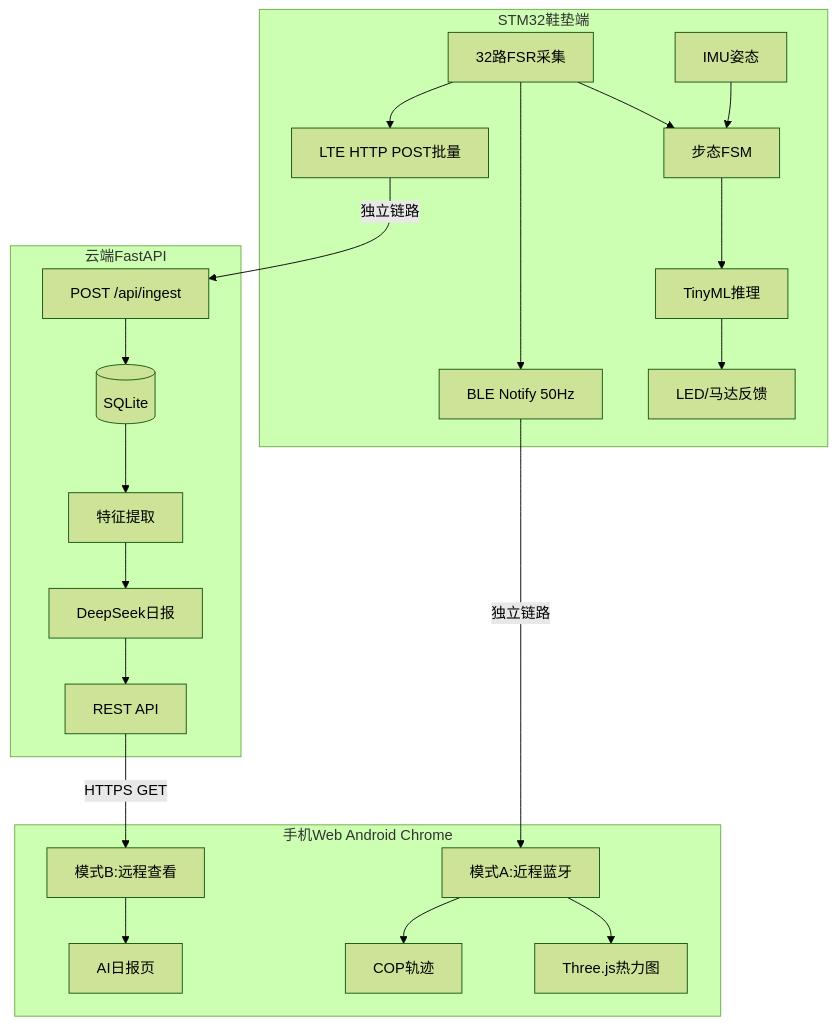
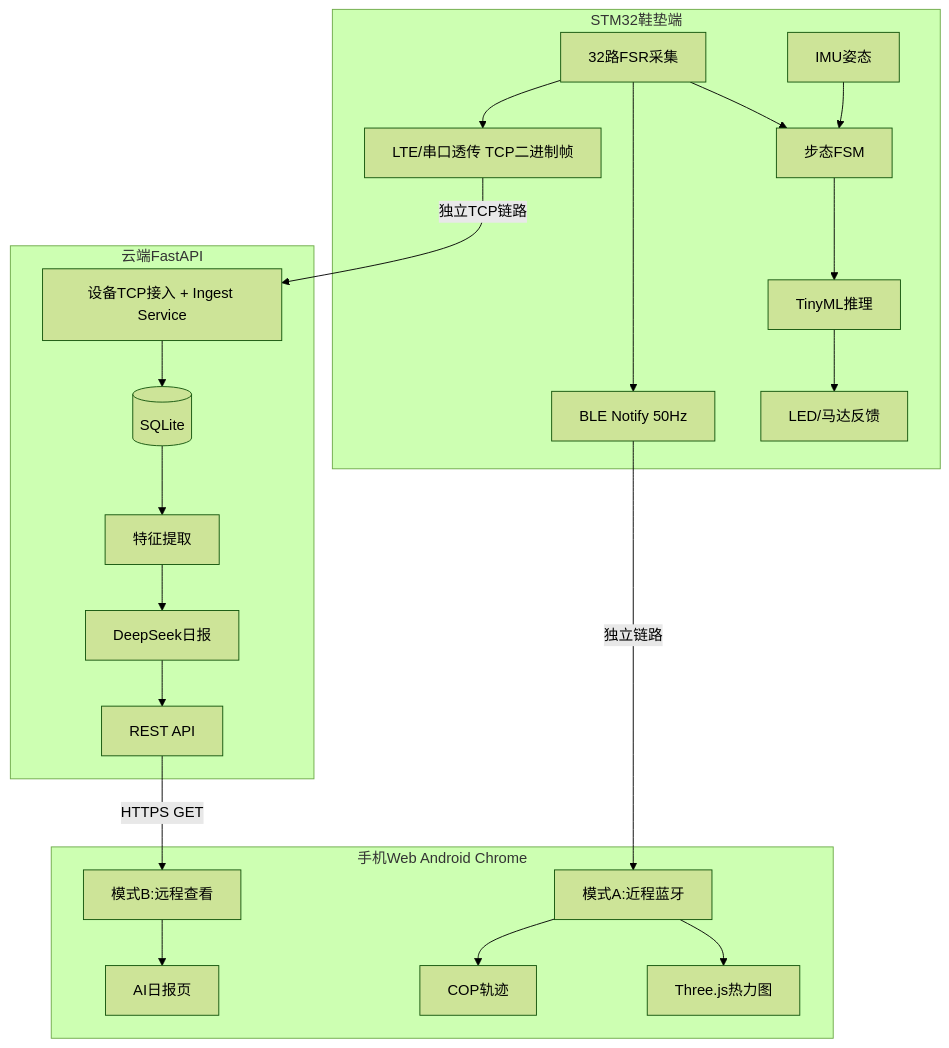
Before and after one commit to Junble19768/Magic-Insoles: the diagram in .cursor/memories/systemPatterns.md, drawn with Mermaid (forest theme). The commit also changed other lines of this file and 8 other files, not shown here.

````diff
--- a/.cursor/memories/systemPatterns.md
+++ b/.cursor/memories/systemPatterns.md
@@ -8,45 +8,45 @@
 ```mermaid
 flowchart TB
     subgraph stm32 [STM32鞋垫端]
         FSR[32路FSR采集]
         IMU[IMU姿态]
         FSM[步态FSM]
         TinyML[TinyML推理]
         BLE_Out[BLE Notify 50Hz]
-        LTE_Out[LTE HTTP POST批量]
+        LTE_Out[LTE/串口透传 TCP二进制帧]
         Feedback[LED/马达反馈]
         FSR --> FSM
         IMU --> FSM
         FSM --> TinyML
         TinyML --> Feedback
         FSR --> BLE_Out
         FSR --> LTE_Out
     end
 
     subgraph phone [手机Web Android Chrome]
         ModeA[模式A:近程蓝牙]
         ModeB[模式B:远程查看]
         Heatmap[Three.js热力图]
         COP[COP轨迹]
         Report[AI日报页]
         ModeA --> Heatmap
         ModeA --> COP
         ModeB --> Report
     end
 
     subgraph cloud [云端FastAPI]
-        Ingest[POST /api/ingest]
+        Ingest[设备TCP接入 + Ingest Service]
         DB[(SQLite)]
         Feature[特征提取]
         LLM[DeepSeek日报]
         API[REST API]
         Ingest --> DB
         DB --> Feature
         Feature --> LLM
         LLM --> API
     end
 
     BLE_Out -->|独立链路| ModeA
-    LTE_Out -->|独立链路| Ingest
+    LTE_Out -->|独立TCP链路| Ingest
     API -->|HTTPS GET| ModeB
 ```
````
